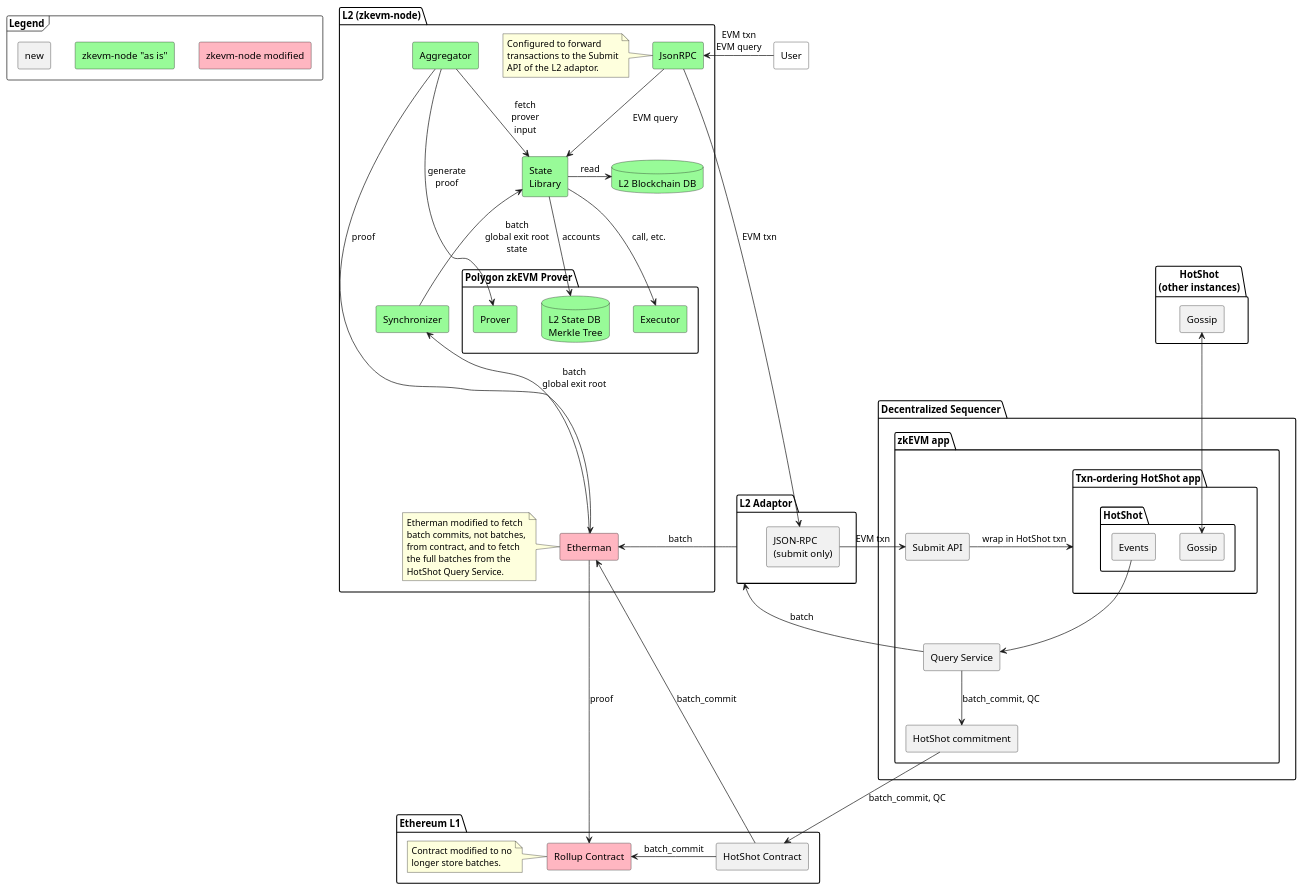
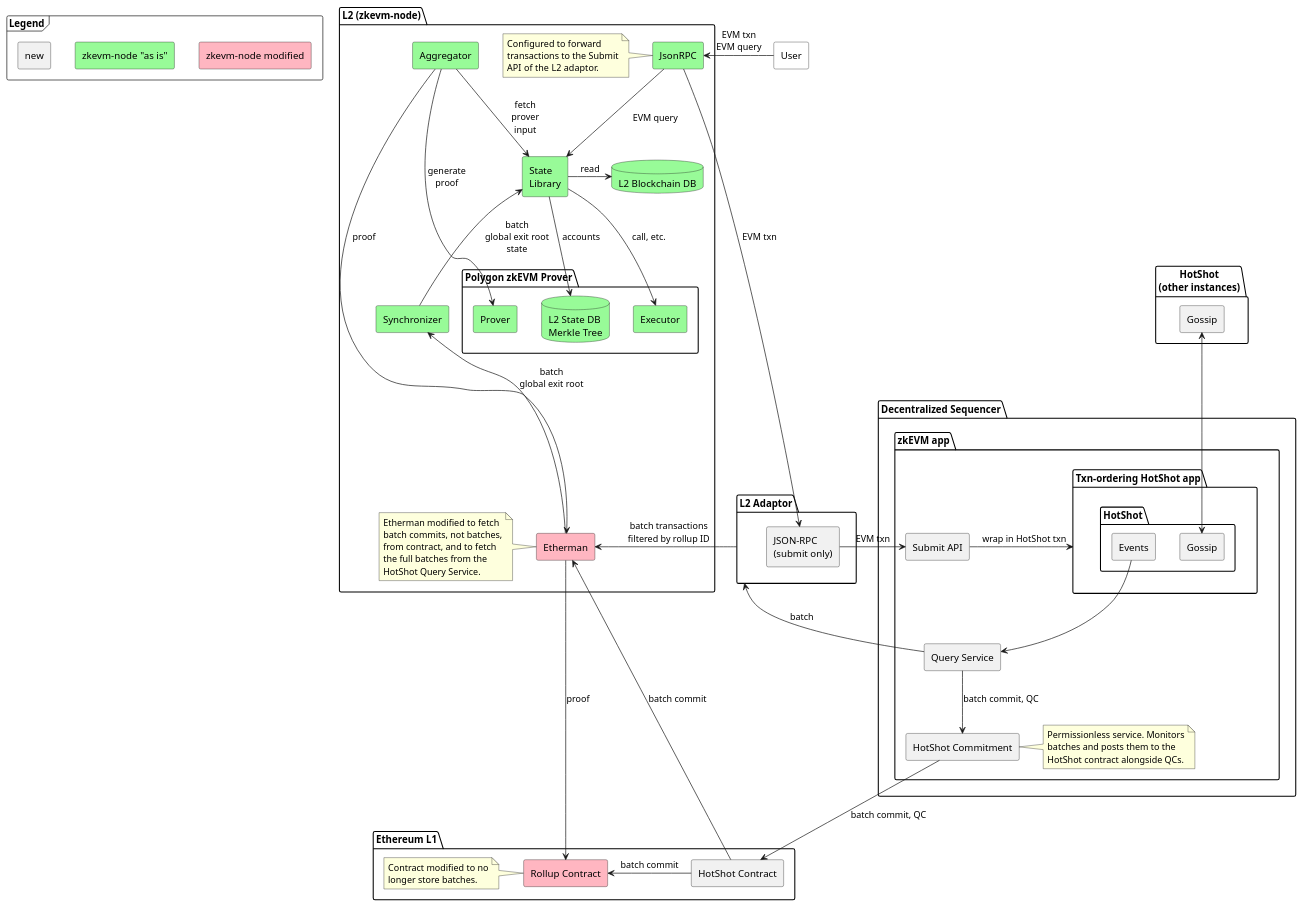
Before and after one commit to EspressoSystems/espresso-polygon-zkevm-demo: the diagram in doc/architecture_phase2.puml, drawn with PlantUML. The commit also changed 1 other file, not shown here.

```diff
--- a/doc/architecture_phase2.puml
+++ b/doc/architecture_phase2.puml
@@ -1,115 +1,112 @@
 @startuml
 skinparam componentStyle rectangle
 
 frame Legend {
   component "zkevm-node "as is"" as Original #PaleGreen
   component "zkevm-node modified" as Modified #LightPink
   component "new" as New
 }
 
 New -[hidden]r-> Original
 Original -[hidden]r-> Modified
 
 component User #White
 package "HotShot\n(other instances)" as HotShotExternal {
   component "Gossip" as GossipExternal
 }
 
 package "Decentralized Sequencer" {
   package "zkEVM app" as zkApp {
     component "Query Service" as QueryService
     component "Submit API" as Submit
     package "Txn-ordering HotShot app" as App {
       package HotShot {
         component "Gossip" as GossipInternal
         component "Events" as HotShotEvents
       }
     }
-    component "HotShot commitment" as HotShotCommitment
+    component "HotShot Commitment" as HotShotCommitment
+    note right of HotShotCommitment
+      Permissionless service. Monitors
+      batches and posts them to the
+      HotShot contract alongside QCs.
+    end note
   }
 }
 
 package "L2 Adaptor" as Adaptor {
   component "JSON-RPC\n(submit only)" as AdaptorSubmit
 }
 
 package "Ethereum L1" as L1 {
   component "Rollup Contract" as Rollup #LightPink
   note left of Rollup
     Contract modified to no
     longer store batches.
   end note
   component "HotShot Contract" as HotShotContract
-  ' component "Bridge L1" as BridgeL1 #PaleGreen
 }
 
 
 package "L2 (zkevm-node)" as L2 {
   component JsonRPC #PaleGreen
   note left of JsonRPC
     Configured to forward
     transactions to the Submit
     API of the L2 adaptor.
   end note
   database L2DB #PaleGreen [
     L2 Blockchain DB
   ]
   package "Polygon zkEVM Prover" as zkEVMProver {
     component Prover #PaleGreen
     component Executor #PaleGreen
     database Tree #PaleGreen [
       L2 State DB
       Merkle Tree
     ]
   }
-  'component "Bridge L2" as BridgeL2 #PaleGreen
   component Etherman #LightPink
   note left of Etherman
     Etherman modified to fetch
     batch commits, not batches,
     from contract, and to fetch
     the full batches from the
     HotShot Query Service.
   end note
   component Aggregator #PaleGreen
   component "State\nLibrary" as State #PaleGreen
   component Synchronizer #PaleGreen
 }
 
 User -left-> JsonRPC: EVM txn\nEVM query
-'User -[hidden]> Submit
-'positions the User box in a better place
-'User -[hidden]> L2
 
 JsonRPC -> AdaptorSubmit: EVM txn
 AdaptorSubmit -> Submit: EVM txn
 
 GossipInternal <-up-> GossipExternal
 
-' QueryService -left-> Adaptor: batch_commit
-Rollup <- HotShotContract: batch_commit
+Rollup <- HotShotContract: batch commit
 JsonRPC --> State: EVM query
 
 State -> L2DB: read
 State --> Tree: accounts
 State --> Executor: call, etc.
 
 Aggregator --> State: fetch\nprover\ninput
 Aggregator --> Etherman: proof
 Aggregator --> Prover: generate\nproof
 Etherman --> Rollup: proof
-Etherman <-right- HotShotContract: batch_commit
-Etherman <- Adaptor: batch
+Etherman <-right- HotShotContract: batch commit
+Etherman <- Adaptor: batch transactions\nfiltered by rollup ID
 Adaptor <- QueryService: batch
 Synchronizer <-- Etherman: batch\nglobal exit root
 State <-- Synchronizer: batch\nglobal exit root\nstate
 
-' Prover ..> BridgeL2
-' User --> BridgeL1
 Submit -> App: wrap in HotShot txn
 HotShotEvents -down-> QueryService
 
-QueryService -down-> HotShotCommitment: batch_commit, QC
-HotShotCommitment -down-> HotShotContract: batch_commit, QC
+QueryService -down-> HotShotCommitment: batch commit, QC
+HotShotCommitment -down-> HotShotContract: batch commit, QC
 
 @enduml
```
